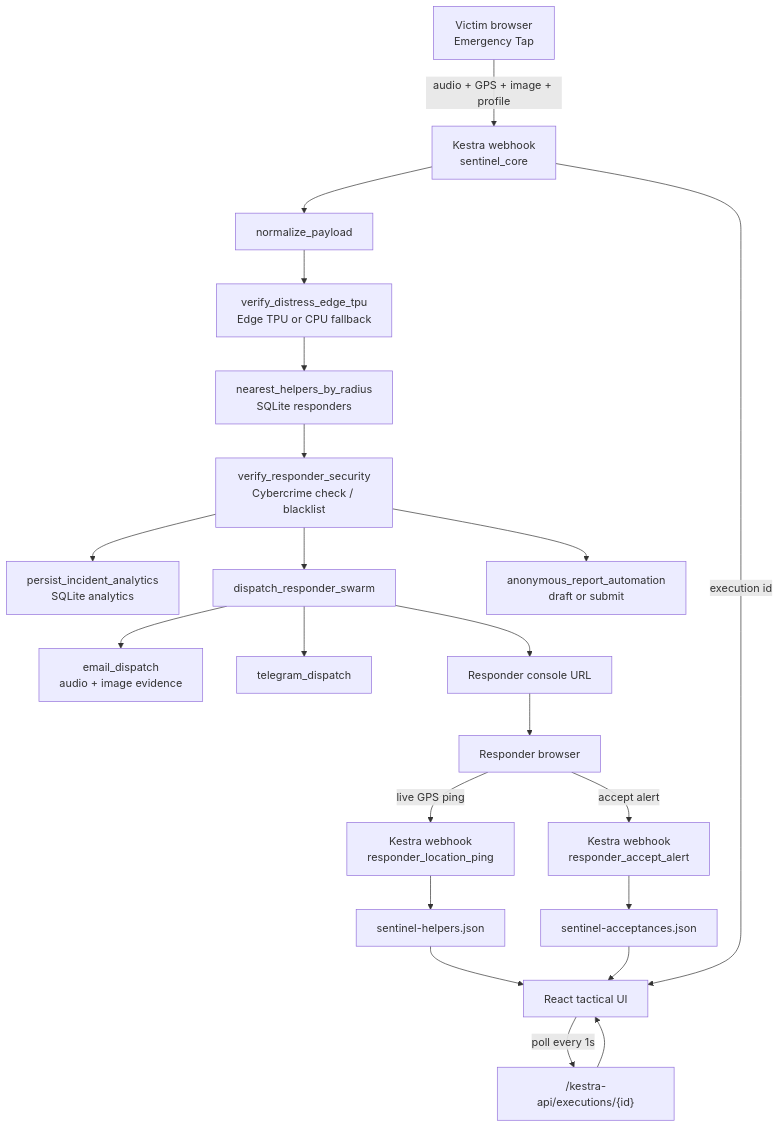
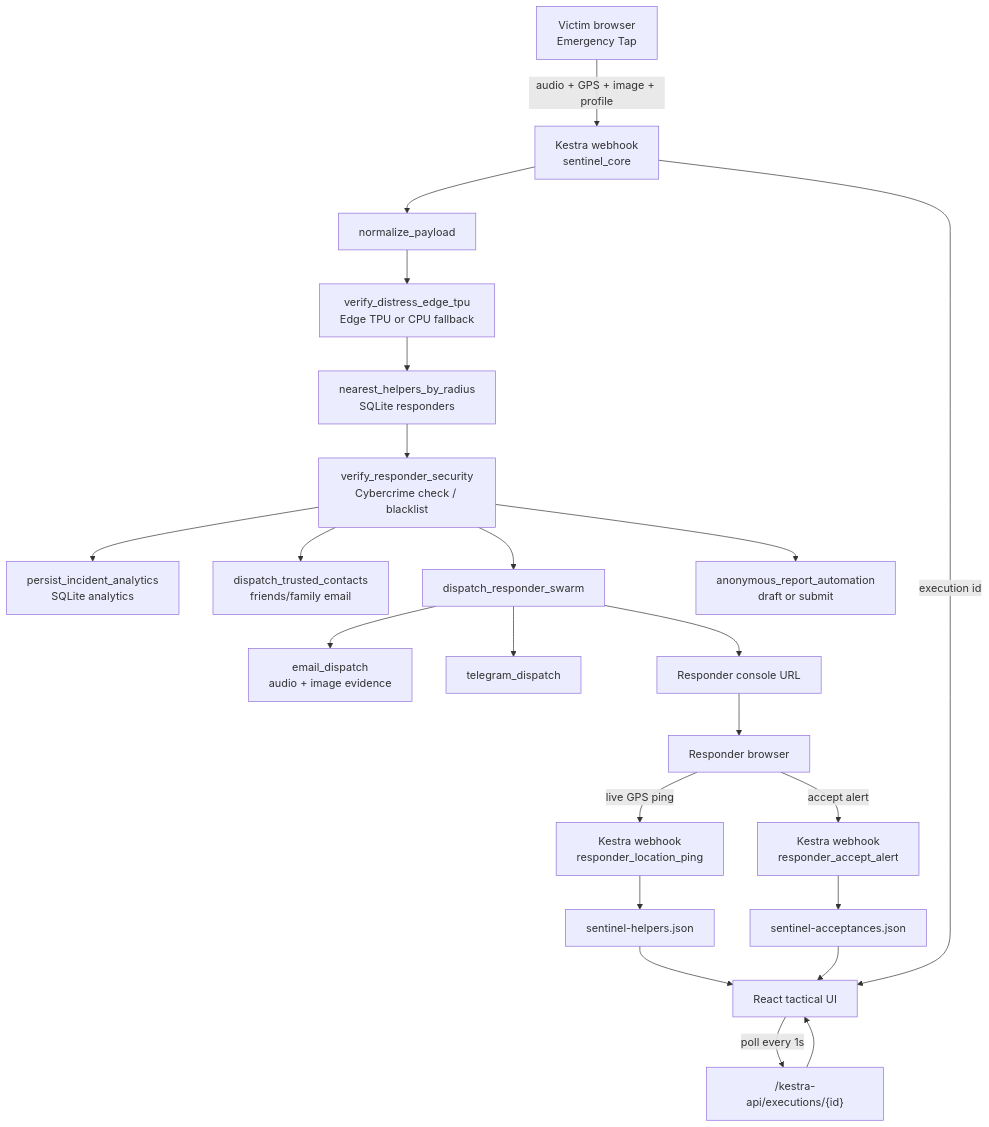
Before and after one commit to FiscalMindset/women: the diagram in README.md, drawn with Mermaid. The commit also changed other lines of this file and 5 other files, not shown here.

````diff
--- a/README.md
+++ b/README.md
@@ -21,24 +22,25 @@
 ```mermaid
 flowchart TD
   Victim["Victim browser<br/>Emergency Tap"] -->|audio + GPS + image + profile| Intake["Kestra webhook<br/>sentinel_core"]
   Intake --> Normalize["normalize_payload"]
   Normalize --> Edge["verify_distress_edge_tpu<br/>Edge TPU or CPU fallback"]
   Edge --> Helpers["nearest_helpers_by_radius<br/>SQLite responders"]
   Helpers --> Security["verify_responder_security<br/>Cybercrime check / blacklist"]
   Security --> Analytics["persist_incident_analytics<br/>SQLite analytics"]
+  Security --> Trusted["dispatch_trusted_contacts<br/>friends/family email"]
   Security --> Dispatch["dispatch_responder_swarm"]
   Dispatch --> Email["email_dispatch<br/>audio + image evidence"]
   Dispatch --> Telegram["telegram_dispatch"]
   Dispatch --> ResponderURL["Responder console URL"]
   Security --> Report["anonymous_report_automation<br/>draft or submit"]
   ResponderURL --> Responder["Responder browser"]
   Responder -->|accept alert| AcceptFlow["Kestra webhook<br/>responder_accept_alert"]
   Responder -->|live GPS ping| LocationFlow["Kestra webhook<br/>responder_location_ping"]
   AcceptFlow --> AcceptanceJSON["sentinel-acceptances.json"]
   LocationFlow --> HelpersJSON["sentinel-helpers.json"]
   HelpersJSON --> UI["React tactical UI"]
   AcceptanceJSON --> UI
   Intake -->|execution id| UI
   UI -->|poll every 1s| KestraAPI["/kestra-api/executions/{id}"]
   KestraAPI --> UI
 ```
````
